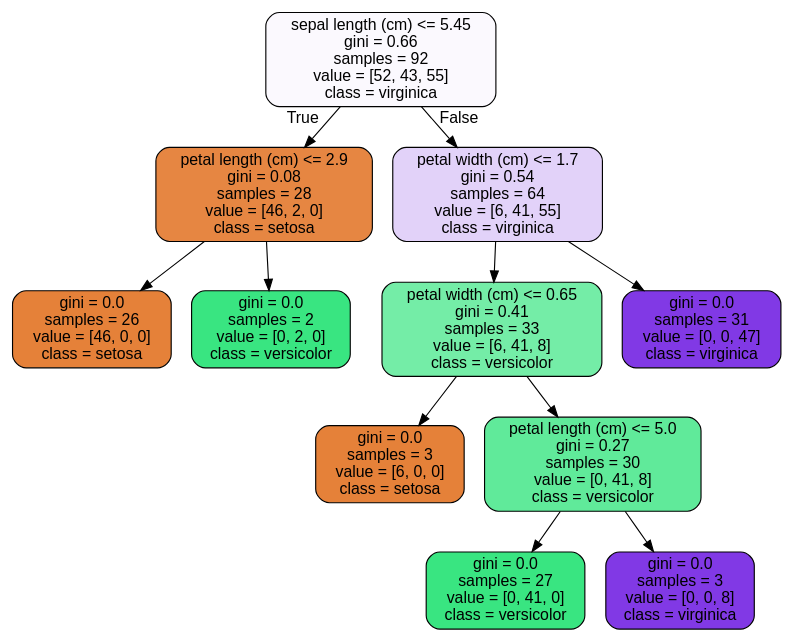
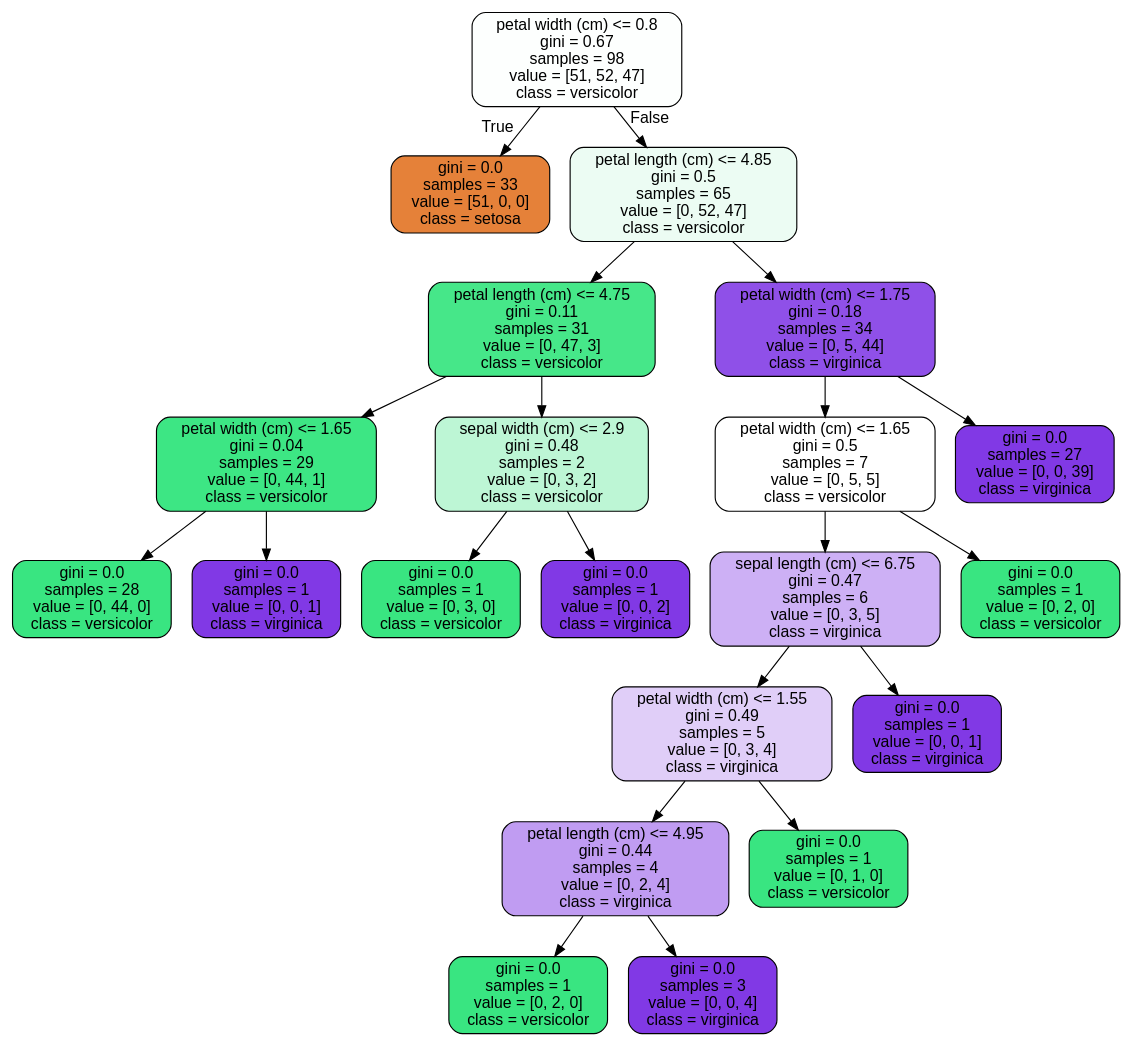
The diagram in tree.dot (topgreg/springboard_files-Random-Forest-Case-Study), drawn with Graphviz before and after one commit. The commit also changed 4 other files, not shown here.

```diff
--- a/tree.dot
+++ b/tree.dot
@@ -1,25 +1,45 @@
 digraph Tree {
 node [shape=box, style="filled, rounded", color="black", fontname="helvetica"] ;
 edge [fontname="helvetica"] ;
-0 [label="sepal length (cm) <= 5.45\ngini = 0.66\nsamples = 92\nvalue = [52, 43, 55]\nclass = virginica", fillcolor="#fbf9fe"] ;
-1 [label="petal length (cm) <= 2.9\ngini = 0.08\nsamples = 28\nvalue = [46, 2, 0]\nclass = setosa", fillcolor="#e68642"] ;
+0 [label="petal width (cm) <= 0.8\ngini = 0.67\nsamples = 98\nvalue = [51, 52, 47]\nclass = versicolor", fillcolor="#fdfffe"] ;
+1 [label="gini = 0.0\nsamples = 33\nvalue = [51, 0, 0]\nclass = setosa", fillcolor="#e58139"] ;
 0 -> 1 [labeldistance=2.5, labelangle=45, headlabel="True"] ;
-2 [label="gini = 0.0\nsamples = 26\nvalue = [46, 0, 0]\nclass = setosa", fillcolor="#e58139"] ;
-1 -> 2 ;
-3 [label="gini = 0.0\nsamples = 2\nvalue = [0, 2, 0]\nclass = versicolor", fillcolor="#39e581"] ;
-1 -> 3 ;
-4 [label="petal width (cm) <= 1.7\ngini = 0.54\nsamples = 64\nvalue = [6, 41, 55]\nclass = virginica", fillcolor="#e2d2f9"] ;
-0 -> 4 [labeldistance=2.5, labelangle=-45, headlabel="False"] ;
-5 [label="petal width (cm) <= 0.65\ngini = 0.41\nsamples = 33\nvalue = [6, 41, 8]\nclass = versicolor", fillcolor="#74eda7"] ;
+2 [label="petal length (cm) <= 4.85\ngini = 0.5\nsamples = 65\nvalue = [0, 52, 47]\nclass = versicolor", fillcolor="#ecfcf3"] ;
+0 -> 2 [labeldistance=2.5, labelangle=-45, headlabel="False"] ;
+3 [label="petal length (cm) <= 4.75\ngini = 0.11\nsamples = 31\nvalue = [0, 47, 3]\nclass = versicolor", fillcolor="#46e789"] ;
+2 -> 3 ;
+4 [label="petal width (cm) <= 1.65\ngini = 0.04\nsamples = 29\nvalue = [0, 44, 1]\nclass = versicolor", fillcolor="#3de684"] ;
+3 -> 4 ;
+5 [label="gini = 0.0\nsamples = 28\nvalue = [0, 44, 0]\nclass = versicolor", fillcolor="#39e581"] ;
 4 -> 5 ;
-6 [label="gini = 0.0\nsamples = 3\nvalue = [6, 0, 0]\nclass = setosa", fillcolor="#e58139"] ;
-5 -> 6 ;
-7 [label="petal length (cm) <= 5.0\ngini = 0.27\nsamples = 30\nvalue = [0, 41, 8]\nclass = versicolor", fillcolor="#60ea9a"] ;
-5 -> 7 ;
-8 [label="gini = 0.0\nsamples = 27\nvalue = [0, 41, 0]\nclass = versicolor", fillcolor="#39e581"] ;
+6 [label="gini = 0.0\nsamples = 1\nvalue = [0, 0, 1]\nclass = virginica", fillcolor="#8139e5"] ;
+4 -> 6 ;
+7 [label="sepal width (cm) <= 2.9\ngini = 0.48\nsamples = 2\nvalue = [0, 3, 2]\nclass = versicolor", fillcolor="#bdf6d5"] ;
+3 -> 7 ;
+8 [label="gini = 0.0\nsamples = 1\nvalue = [0, 3, 0]\nclass = versicolor", fillcolor="#39e581"] ;
 7 -> 8 ;
-9 [label="gini = 0.0\nsamples = 3\nvalue = [0, 0, 8]\nclass = virginica", fillcolor="#8139e5"] ;
+9 [label="gini = 0.0\nsamples = 1\nvalue = [0, 0, 2]\nclass = virginica", fillcolor="#8139e5"] ;
 7 -> 9 ;
-10 [label="gini = 0.0\nsamples = 31\nvalue = [0, 0, 47]\nclass = virginica", fillcolor="#8139e5"] ;
-4 -> 10 ;
+10 [label="petal width (cm) <= 1.75\ngini = 0.18\nsamples = 34\nvalue = [0, 5, 44]\nclass = virginica", fillcolor="#8f50e8"] ;
+2 -> 10 ;
+11 [label="petal width (cm) <= 1.65\ngini = 0.5\nsamples = 7\nvalue = [0, 5, 5]\nclass = versicolor", fillcolor="#ffffff"] ;
+10 -> 11 ;
+12 [label="sepal length (cm) <= 6.75\ngini = 0.47\nsamples = 6\nvalue = [0, 3, 5]\nclass = virginica", fillcolor="#cdb0f5"] ;
+11 -> 12 ;
+13 [label="petal width (cm) <= 1.55\ngini = 0.49\nsamples = 5\nvalue = [0, 3, 4]\nclass = virginica", fillcolor="#e0cef8"] ;
+12 -> 13 ;
+14 [label="petal length (cm) <= 4.95\ngini = 0.44\nsamples = 4\nvalue = [0, 2, 4]\nclass = virginica", fillcolor="#c09cf2"] ;
+13 -> 14 ;
+15 [label="gini = 0.0\nsamples = 1\nvalue = [0, 2, 0]\nclass = versicolor", fillcolor="#39e581"] ;
+14 -> 15 ;
+16 [label="gini = 0.0\nsamples = 3\nvalue = [0, 0, 4]\nclass = virginica", fillcolor="#8139e5"] ;
+14 -> 16 ;
+17 [label="gini = 0.0\nsamples = 1\nvalue = [0, 1, 0]\nclass = versicolor", fillcolor="#39e581"] ;
+13 -> 17 ;
+18 [label="gini = 0.0\nsamples = 1\nvalue = [0, 0, 1]\nclass = virginica", fillcolor="#8139e5"] ;
+12 -> 18 ;
+19 [label="gini = 0.0\nsamples = 1\nvalue = [0, 2, 0]\nclass = versicolor", fillcolor="#39e581"] ;
+11 -> 19 ;
+20 [label="gini = 0.0\nsamples = 27\nvalue = [0, 0, 39]\nclass = virginica", fillcolor="#8139e5"] ;
+10 -> 20 ;
 }
```
